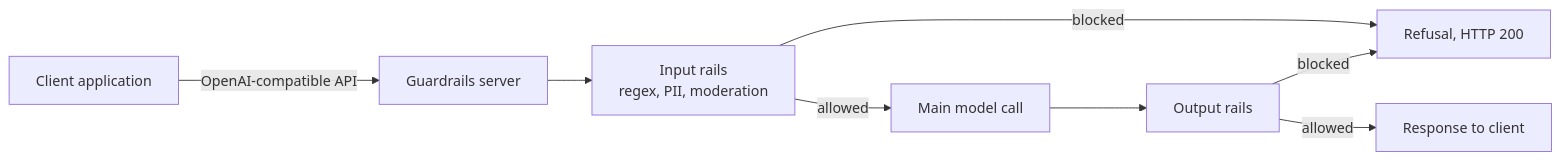
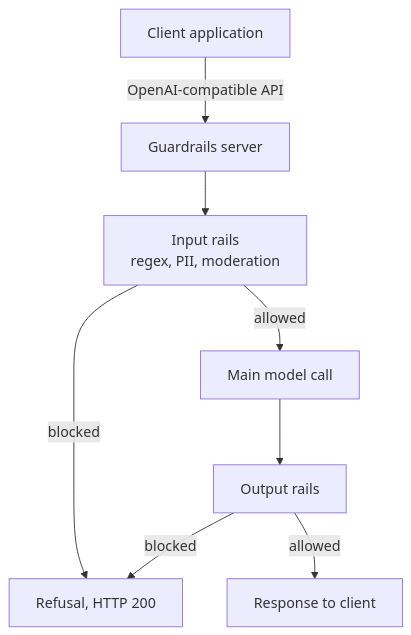
The diagram in content/modules/ROOT/pages/13-module-08-model-boundary-guardrails.adoc (taylorjordanNC/rhai-agent-security), drawn with Mermaid before and after one commit. The commit also changed other lines of this file and 4 other files, not shown here.

```diff
--- a/content/modules/ROOT/pages/13-module-08-model-boundary-guardrails.adoc
+++ b/content/modules/ROOT/pages/13-module-08-model-boundary-guardrails.adoc
@@ -22,11 +20,11 @@
 [mermaid]
 ----
-flowchart LR
+flowchart TD
     C[Client application] -->|OpenAI-compatible API| S[Guardrails server]
     S --> IR[Input rails<br>regex, PII, moderation]
     IR -->|blocked| R[Refusal, HTTP 200]
     IR -->|allowed| M[Main model call]
     M --> OR[Output rails]
     OR -->|blocked| R
     OR -->|allowed| A[Response to client]
 ----
```
